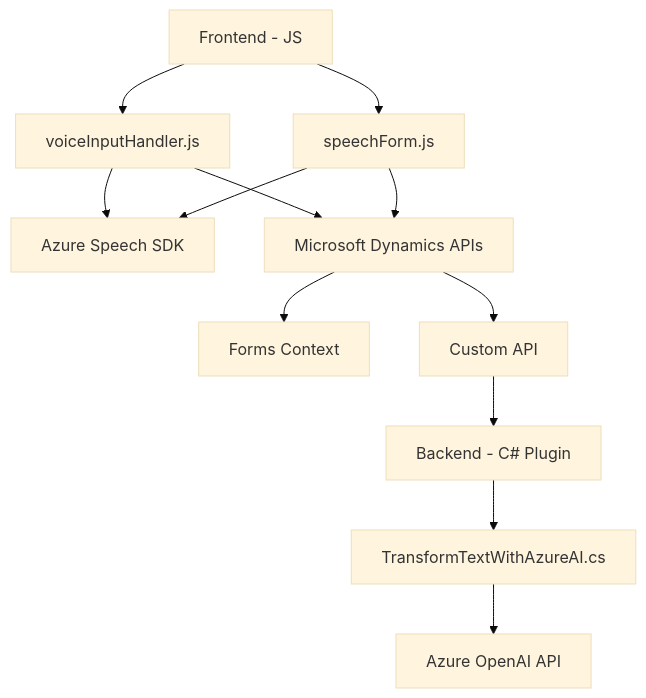
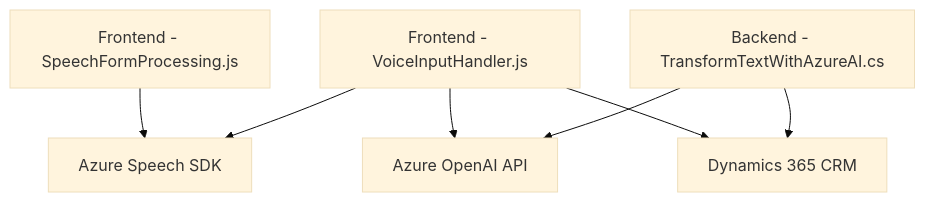
One commit to blopezdm/NETCORE_BILBAO2025 changed the diagram in README.md. Above: the diagram before and after it, drawn with Mermaid (base theme). The commit also changed other lines of this file, not shown here.

````diff
--- a/README.md
+++ b/README.md
@@ -45,25 +46,16 @@
 ```mermaid
 graph TD
-    A["Frontend - JS"]
-    A1["voiceInputHandler.js"]
-    A2["speechForm.js"]
-    A3["Azure Speech SDK"]
-    B["Microsoft Dynamics APIs"]
-    B1["Forms Context"]
-    B2["Custom API"]
-    C["Backend - C# Plugin"]
-    C1["TransformTextWithAzureAI.cs"]
-    C2["Azure OpenAI API"]
+    A["Frontend - SpeechFormProcessing.js"]
+    B["Frontend - VoiceInputHandler.js"]
+    C["Backend - TransformTextWithAzureAI.cs"]
+    D["Azure Speech SDK"]
+    E["Azure OpenAI API"]
+    F["Dynamics 365 CRM"]
 
-    A --> A1
-    A --> A2
-    A1 --> A3
-    A2 --> A3
-    A1 --> B
-    A2 --> B
-    B --> B1
-    B --> B2
-    B2 --> C
-    C --> C1
-    C1 --> C2
+    A --> D
+    B --> D
+    B --> E
+    B --> F
+    C --> F
+    C --> E
 ```
````
